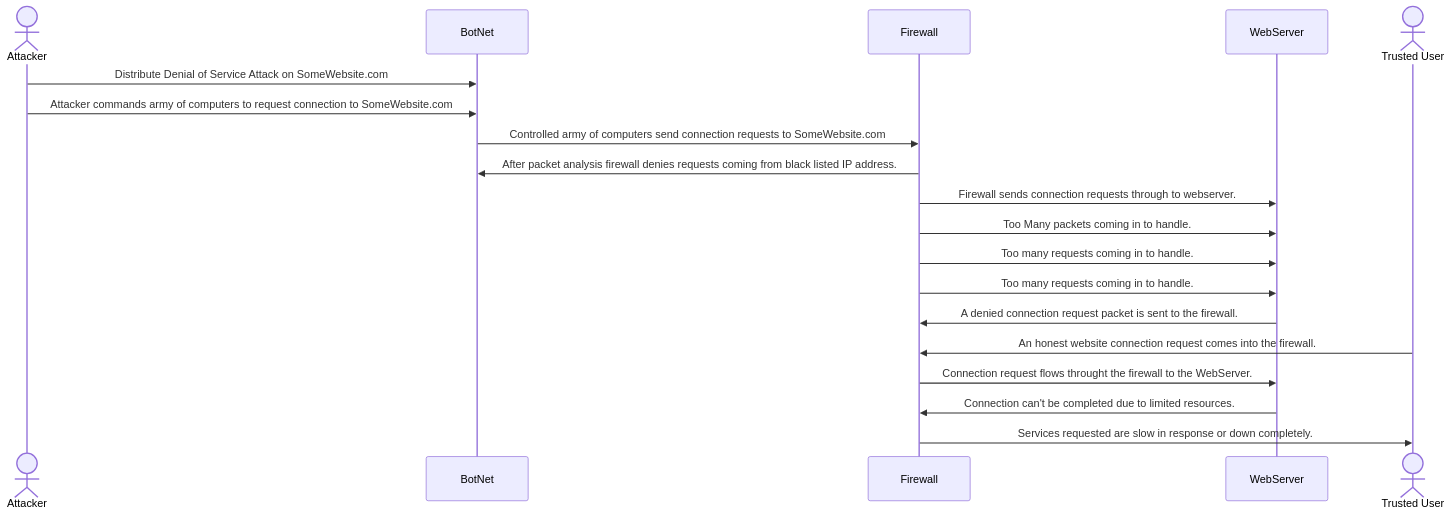
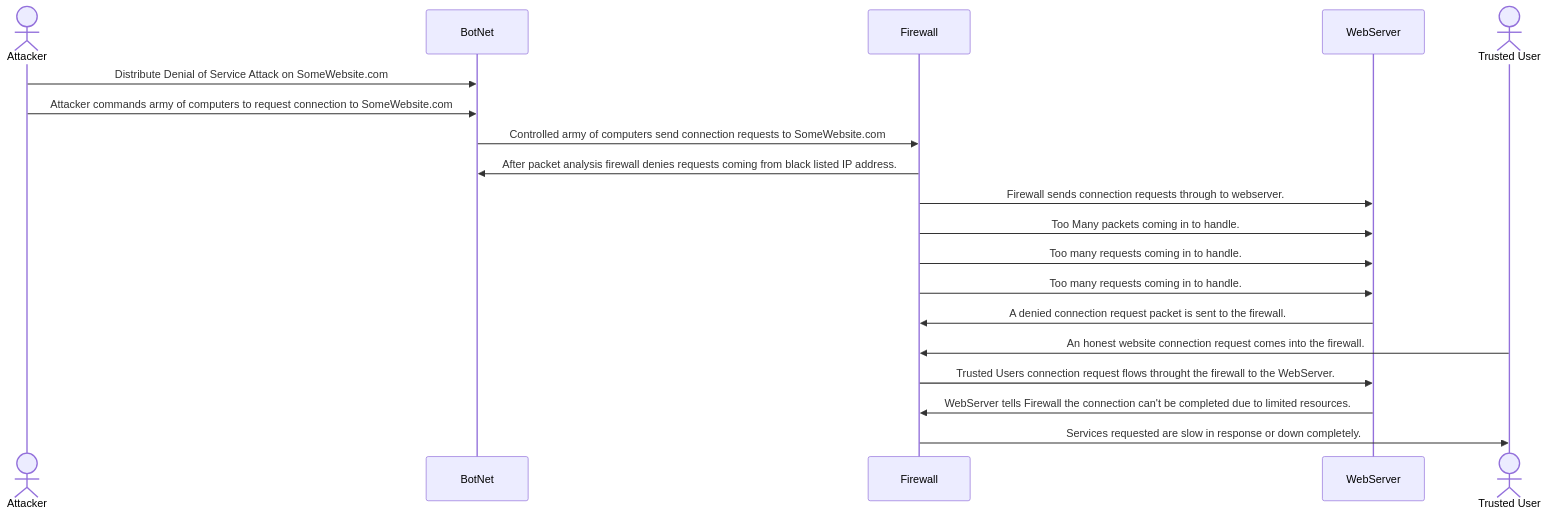
The diagram in DDoS_Attack_Sequence.md (Langston6954/Langston6954.github.io), drawn with Mermaid before and after one commit.

Commit message:
Update DDoS_Attack_Sequence.md
Final Update

````diff
--- a/DDoS_Attack_Sequence.md
+++ b/DDoS_Attack_Sequence.md
@@ -1,29 +1,29 @@
 ```mermaid
 sequenceDiagram
   actor Attacker
   participant BotNet
   participant Firewall
   participant WebServer
   actor Trusted User
   Attacker->>BotNet: Distribute Denial of Service Attack on SomeWebsite.com
   Attacker->>BotNet: Attacker commands army of computers to request connection to SomeWebsite.com
   BotNet->>Firewall: Controlled army of computers send connection requests to SomeWebsite.com
   Firewall->>BotNet: After packet analysis firewall denies requests coming from black listed IP address.
   Firewall->>WebServer: Firewall sends connection requests through to webserver.
   Firewall->>WebServer: Too Many packets coming in to handle.
   Firewall->>WebServer: Too many requests coming in to handle.
   Firewall->>WebServer: Too many requests coming in to handle.
   WebServer->>Firewall: A denied connection request packet is sent to the firewall.
   Trusted User->>Firewall: An honest website connection request comes into the firewall.
-  Firewall->>WebServer: Connection request flows throught the firewall to the WebServer.
-  WebServer->>Firewall: Connection can't be completed due to limited resources.
+  Firewall->>WebServer: Trusted Users connection request flows throught the firewall to the WebServer.
+  WebServer->>Firewall: WebServer tells Firewall the connection can't be completed due to limited resources.
   Firewall->>Trusted User: Services requested are slow in response or down completely.
 
 
 
 
 
 
 
 
 ```
````
